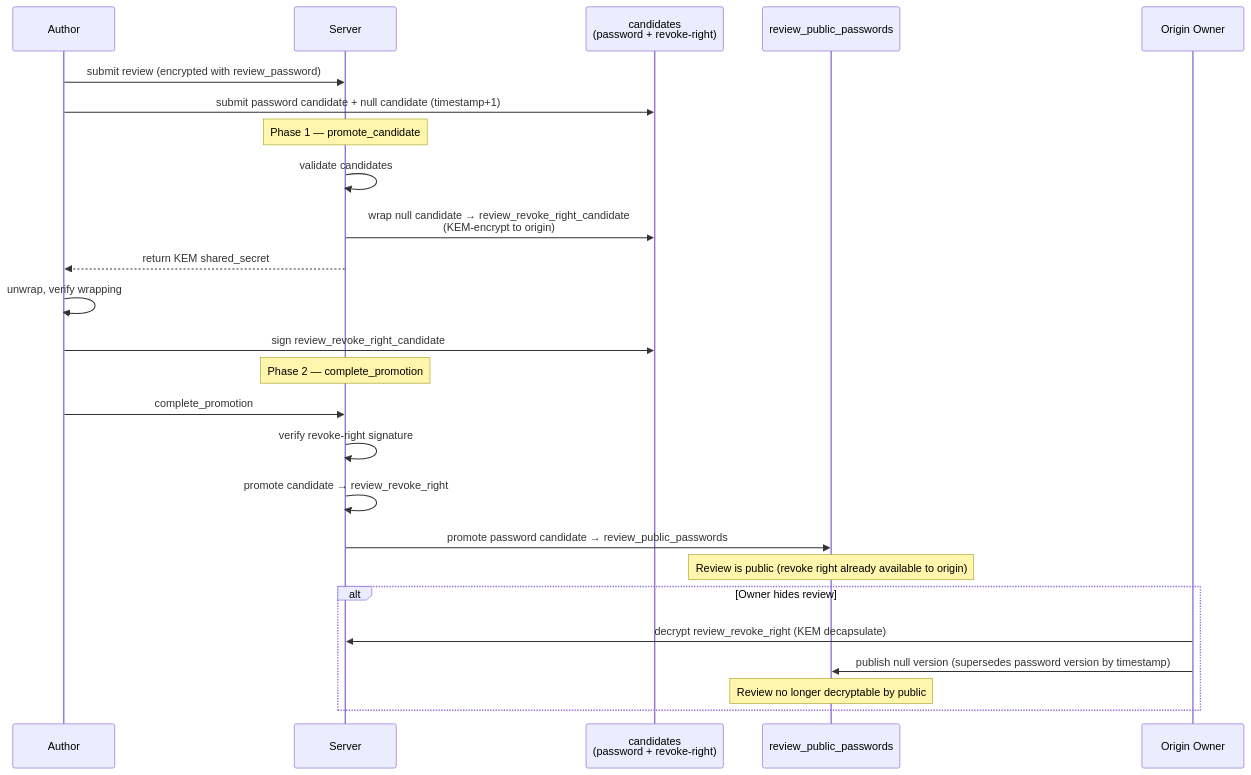
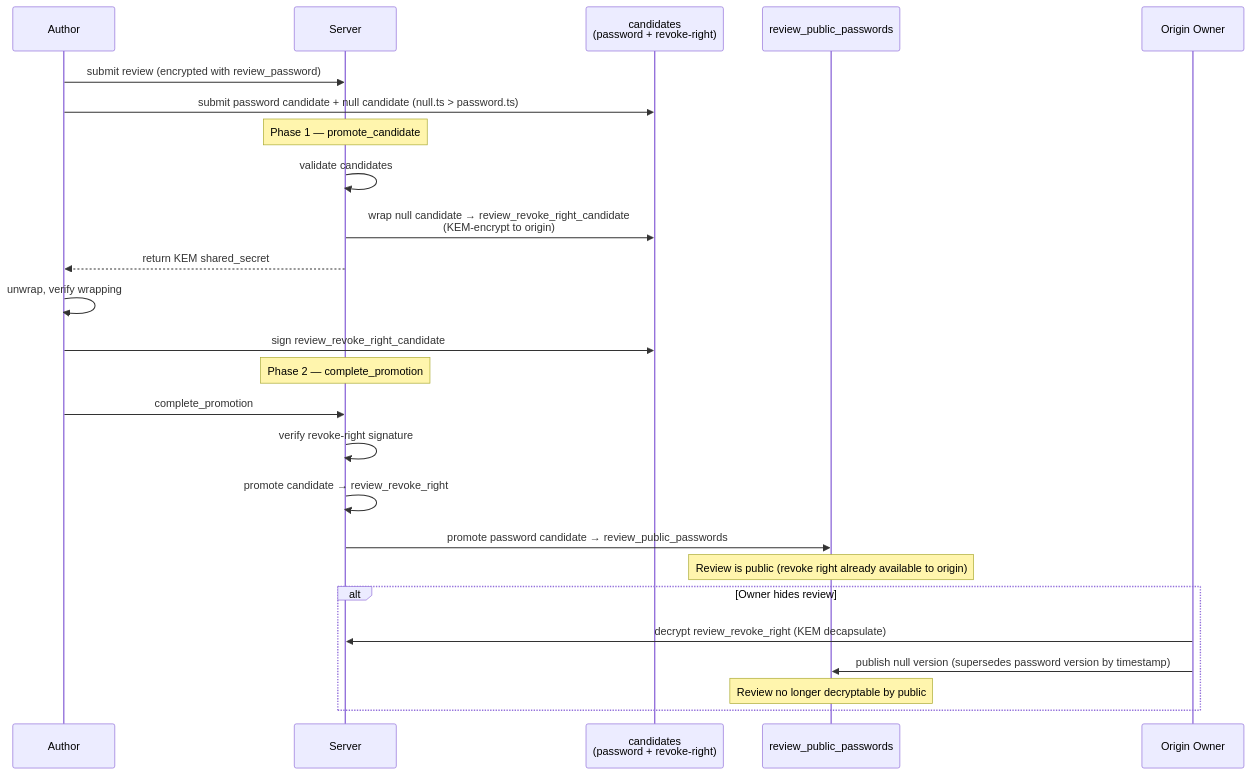
The third of 4 diagrams in docs/proposal/reviews.md (Buckitup-chat/chat), drawn with Mermaid before and after one commit. The commit also changed other lines of this file and 12 other files, not shown here.

````diff
--- a/docs/proposal/reviews.md
+++ b/docs/proposal/reviews.md
@@ -163,30 +170,30 @@
 ```mermaid
 sequenceDiagram
     participant A as Author
     participant S as Server
     participant C as candidates<br/>(password + revoke-right)
     participant P as review_public_passwords
     participant O as Origin Owner
 
     A->>S: submit review (encrypted with review_password)
-    A->>C: submit password candidate + null candidate (timestamp+1)
+    A->>C: submit password candidate + null candidate (null.ts > password.ts)
     Note over S: Phase 1 — promote_candidate
     S->>S: validate candidates
     S->>C: wrap null candidate → review_revoke_right_candidate<br/>(KEM-encrypt to origin)
     S-->>A: return KEM shared_secret
     A->>A: unwrap, verify wrapping
     A->>C: sign review_revoke_right_candidate
     Note over S: Phase 2 — complete_promotion
     A->>S: complete_promotion
     S->>S: verify revoke-right signature
     S->>S: promote candidate → review_revoke_right
     S->>P: promote password candidate → review_public_passwords
 
     Note over P: Review is public (revoke right already available to origin)
 
     alt Owner hides review
         O->>S: decrypt review_revoke_right (KEM decapsulate)
         O->>P: publish null version (supersedes password version by timestamp)
         Note over P: Review no longer decryptable by public
     end
 ```
````
